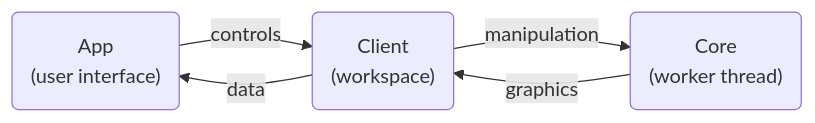
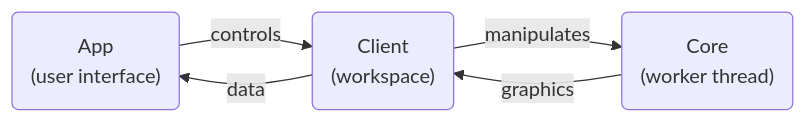
The diagram in CONTRIBUTING.md (bp-studio/box-pleating-studio), drawn with Mermaid before and after one commit. The commit also changed 22 other files, not shown here.

````diff
--- a/CONTRIBUTING.md
+++ b/CONTRIBUTING.md
@@ -49,10 +49,10 @@
 ```mermaid
 graph LR
 	a("App\n(user interface)")
 	b("Client\n(workspace)")
 	c("Core\n(worker thread)")
 	a -->|controls| b
 	b -->|data| a
-	b -->|manipulation| c
+	b -->|manipulates| c
 	c -->|graphics| b
 ```
````
